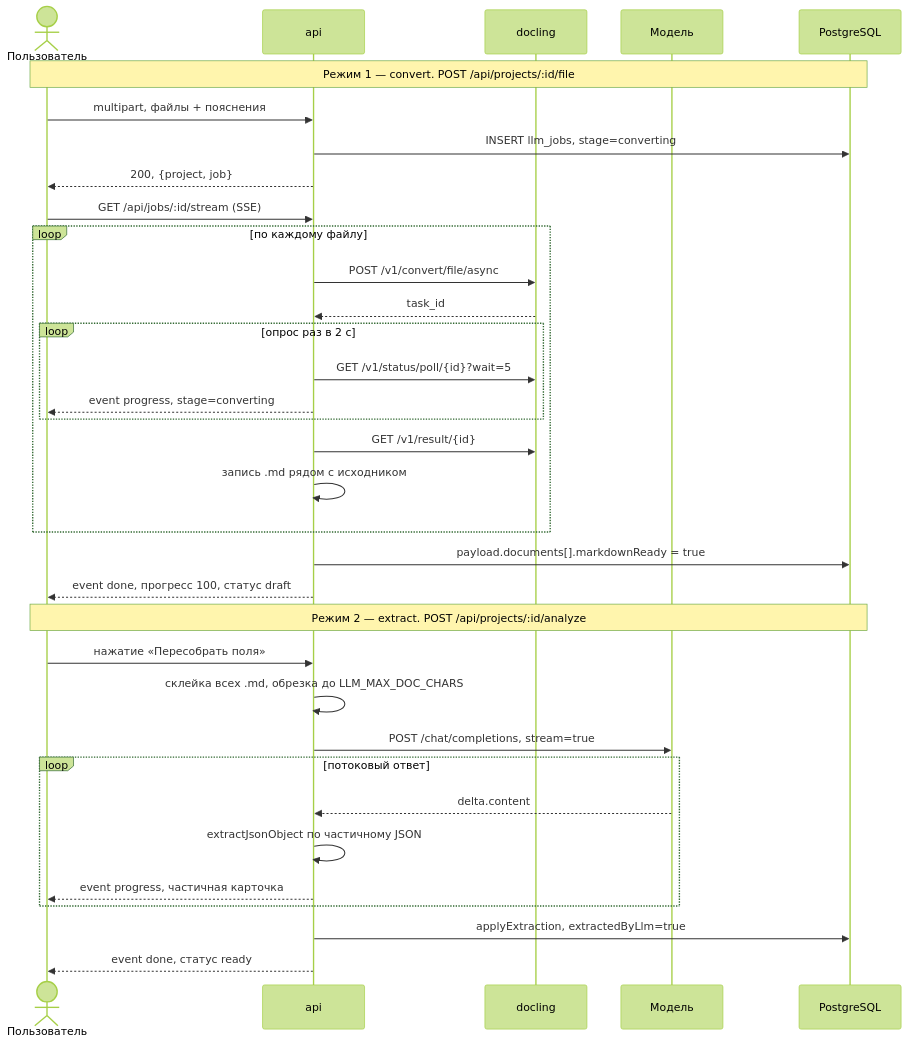
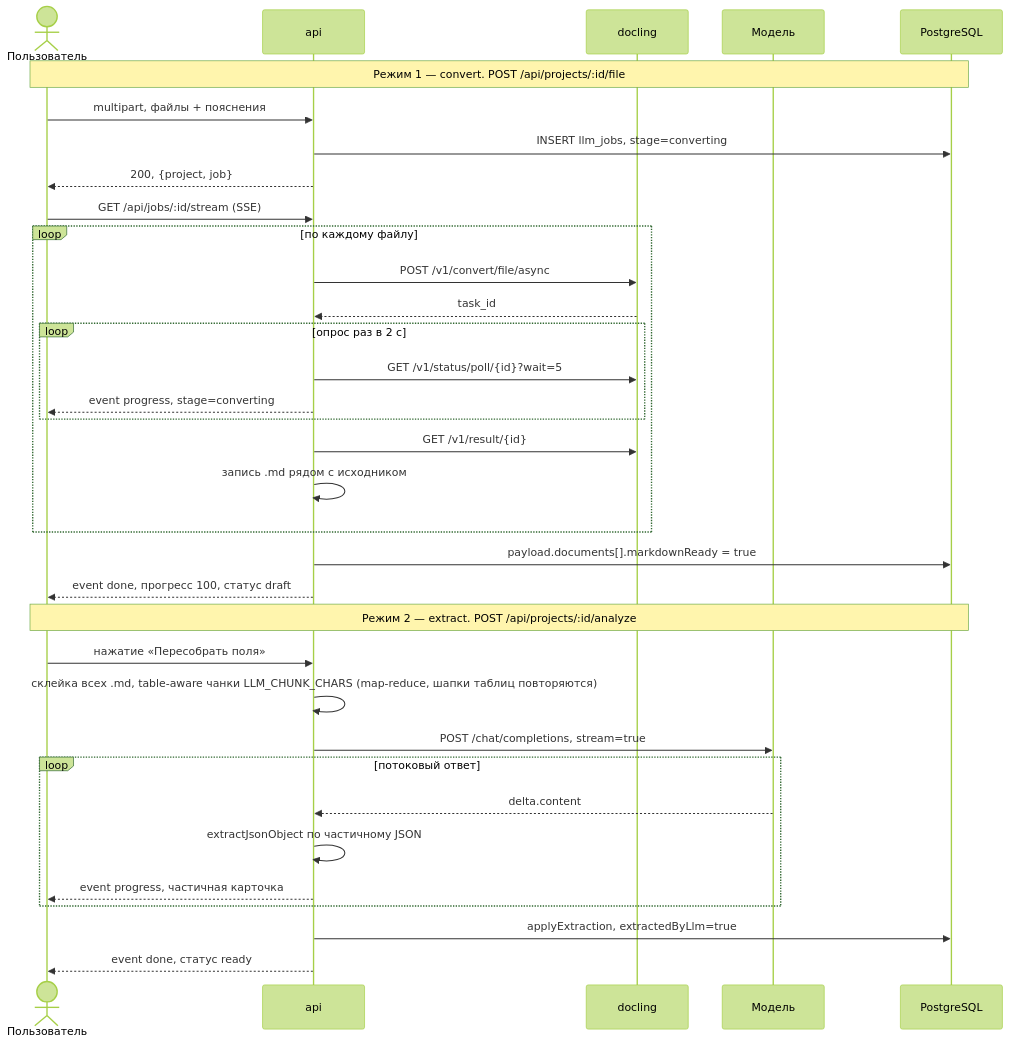
Before and after one commit to nedvedvoltera-ux/VTBIX: the third of 4 diagrams in docs/architecture.md, drawn with Mermaid (forest theme). The commit also changed 10 other files, not shown here.

First line of the commit message:
Extract long documents in map-reduce chunks without dropping table headers.

````diff
--- a/docs/architecture.md
+++ b/docs/architecture.md
@@ -104,38 +104,38 @@
 ```mermaid
 sequenceDiagram
     actor U as Пользователь
     participant API as api
     participant DL as docling
     participant LLM as Модель
     participant DB as PostgreSQL
 
     Note over U,DB: Режим 1 — convert. POST /api/projects/:id/file
     U->>API: multipart, файлы + пояснения
     API->>DB: INSERT llm_jobs, stage=converting
     API-->>U: 200, {project, job}
     U->>API: GET /api/jobs/:id/stream (SSE)
     loop по каждому файлу
         API->>DL: POST /v1/convert/file/async
         DL-->>API: task_id
         loop опрос раз в 2 с
             API->>DL: GET /v1/status/poll/{id}?wait=5
             API-->>U: event progress, stage=converting
         end
         API->>DL: GET /v1/result/{id}
         API->>API: запись .md рядом с исходником
     end
     API->>DB: payload.documents[].markdownReady = true
     API-->>U: event done, прогресс 100, статус draft
 
     Note over U,DB: Режим 2 — extract. POST /api/projects/:id/analyze
     U->>API: нажатие «Пересобрать поля»
-    API->>API: склейка всех .md, обрезка до LLM_MAX_DOC_CHARS
+    API->>API: склейка всех .md, table-aware чанки LLM_CHUNK_CHARS (map-reduce, шапки таблиц повторяются)
     API->>LLM: POST /chat/completions, stream=true
     loop потоковый ответ
         LLM-->>API: delta.content
         API->>API: extractJsonObject по частичному JSON
         API-->>U: event progress, частичная карточка
     end
     API->>DB: applyExtraction, extractedByLlm=true
     API-->>U: event done, статус ready
 ```
````
